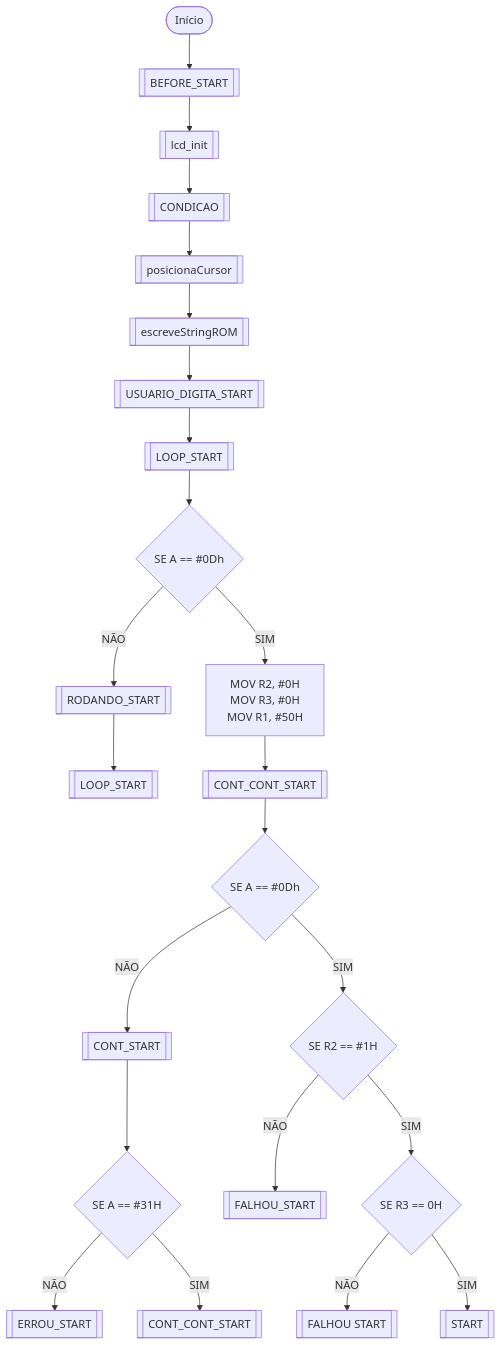
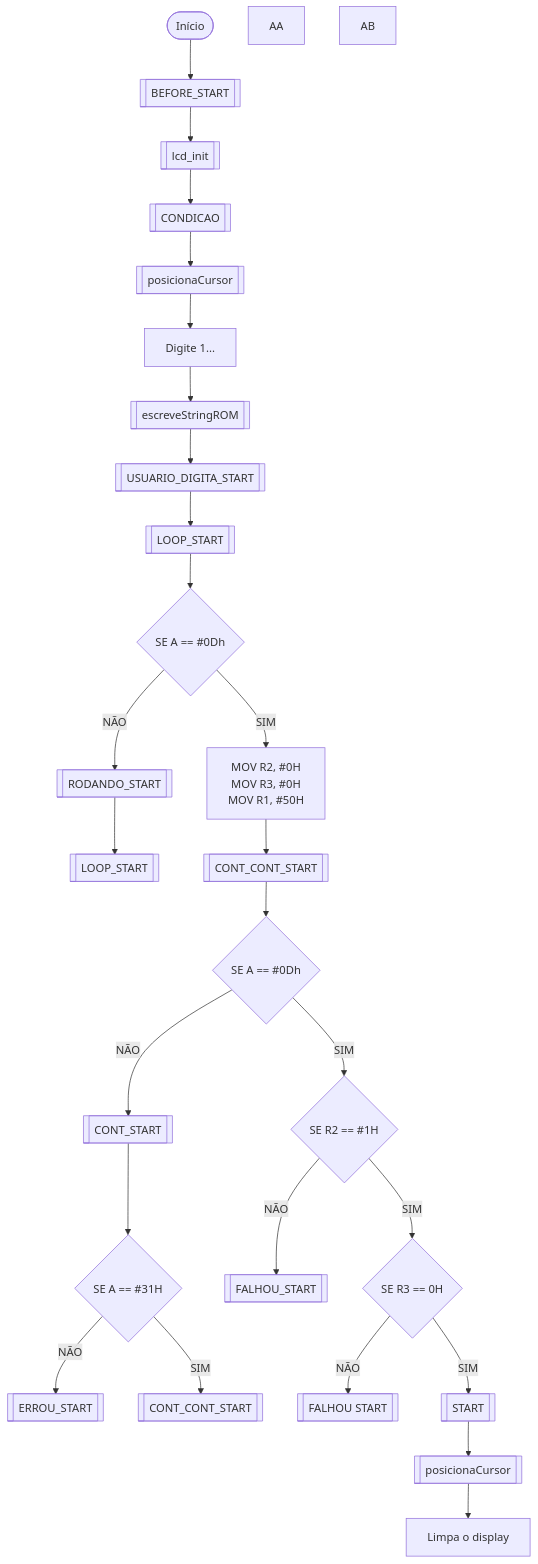
The diagram in README.md (Mariah-Gomes/jogo_de_memorizacao), drawn with Mermaid before and after one commit.

````diff
--- a/README.md
+++ b/README.md
@@ -11,27 +11,34 @@
 ```mermaid
 graph TD;
     A([Início]) --> B[[BEFORE_START]];
     B --> C[[lcd_init]];
     C --> D[[CONDICAO]];
     D --> E[[posicionaCursor]];
-    E --> F[[escreveStringROM]];
-    F --> G[[USUARIO_DIGITA_START]];
-    G --> H[[LOOP_START]];
-    H --> I{SE A == #0Dh};
-    I -->|NÃO|J[[RODANDO_START]];
-    I --> |SIM|K[MOV R2, #0H
+    E --> F["Digite 1..."]
+    F --> G[[escreveStringROM]];
+    G --> H[[USUARIO_DIGITA_START]];
+    H --> I[[LOOP_START]];
+    I --> J{SE A == #0Dh};
+    J -->|NÃO|K[[RODANDO_START]];
+    J --> |SIM|L[MOV R2, #0H
             MOV R3, #0H
             MOV R1, #50H]
-    J --> L[[LOOP_START]];
-    K --> M[[CONT_CONT_START]];
-    M --> N{SE A == #0Dh};
-    N --> |NÃO|O[[CONT_START]];
-    N --> |SIM|P{SE R2 == #1H};
-    O --> Q{SE A == #31H};
-    Q --> |NÃO|R[[ERROU_START]];
-    Q --> |SIM|S[[CONT_CONT_START]]; 
-    P --> |NÃO|T[[FALHOU_START]];
-    P --> |SIM|U{SE R3 == 0H};
-    U --> |NÃO|V[[FALHOU START]];
-    U --> |SIM|W[[START]];
+    K --> M[[LOOP_START]];
+    L --> N[[CONT_CONT_START]];
+    N --> O{SE A == #0Dh};
+    O --> |NÃO|P[[CONT_START]];
+    O --> |SIM|Q{SE R2 == #1H};
+    P --> R{SE A == #31H};
+    R --> |NÃO|S[[ERROU_START]];
+    R --> |SIM|T[[CONT_CONT_START]]; 
+    Q --> |NÃO|U[[FALHOU_START]];
+    Q --> |SIM|V{SE R3 == 0H};
+    V --> |NÃO|W[[FALHOU START]];
+    V --> |SIM|X[[START]];
+
+    X --> Y[[posicionaCursor]];
+    Y --> Z[Limpa o display];
+    AA
+    AB
+
 ```
````
